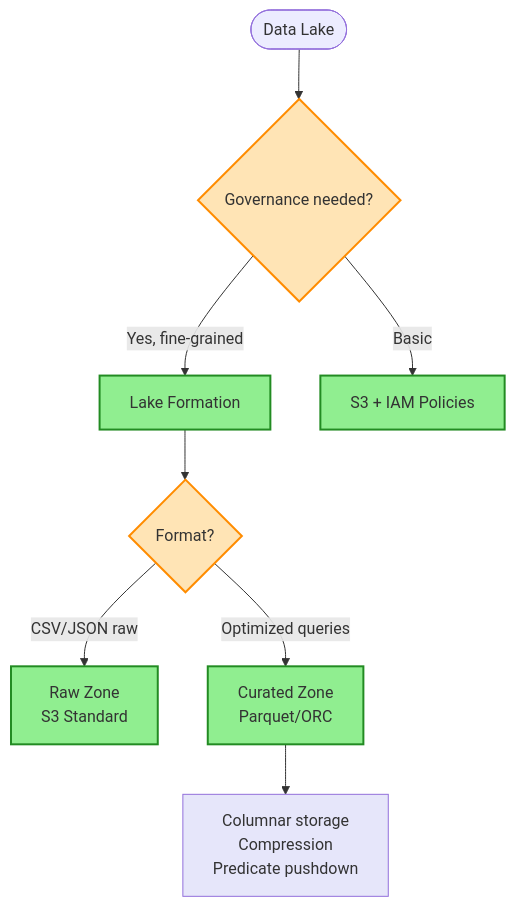
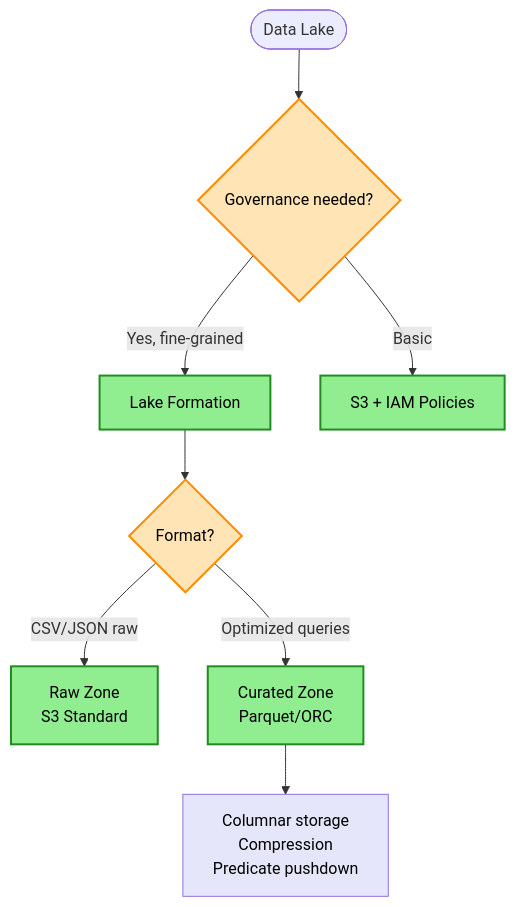
One commit to intelliswarm-ai/aws-architectures changed the second of 3 diagrams in aws-architecture-decisions/diagrams/analytics-decisions.md. Above: the diagram before and after it, drawn with Mermaid. The commit also changed other lines of this file and 13 other files, not shown here.

````diff
--- a/aws-architecture-decisions/diagrams/analytics-decisions.md
+++ b/aws-architecture-decisions/diagrams/analytics-decisions.md
@@ -39,23 +39,23 @@
 ```mermaid
 flowchart TD
     Start([Data Lake]) --> Q1{Governance needed?}
 
     Q1 -->|Yes, fine-grained| LF[Lake Formation]
     Q1 -->|Basic| S3_POLICIES[S3 + IAM Policies]
 
     LF --> Q2{Format?}
 
     Q2 -->|CSV/JSON raw| RAW[Raw Zone<br/>S3 Standard]
     Q2 -->|Optimized queries| PARQUET[Curated Zone<br/>Parquet/ORC]
 
     PARQUET --> BENEFITS[Columnar storage<br/>Compression<br/>Predicate pushdown]
 
     %% Styling
-    classDef service fill:#90EE90,stroke:#228B22,stroke-width:2px
-    classDef benefit fill:#E6E6FA,stroke:#9370DB,stroke-width:1px
-    classDef question fill:#FFE4B5,stroke:#FF8C00,stroke-width:2px
+    classDef service fill:#90EE90,stroke:#228B22,stroke-width:2px,color:#000000
+    classDef benefit fill:#E6E6FA,stroke:#9370DB,stroke-width:1px,color:#000000
+    classDef question fill:#FFE4B5,stroke:#FF8C00,stroke-width:2px,color:#000000
 
     class Q1,Q2 question
     class LF,S3_POLICIES,RAW,PARQUET service
     class BENEFITS benefit
 ```
````
